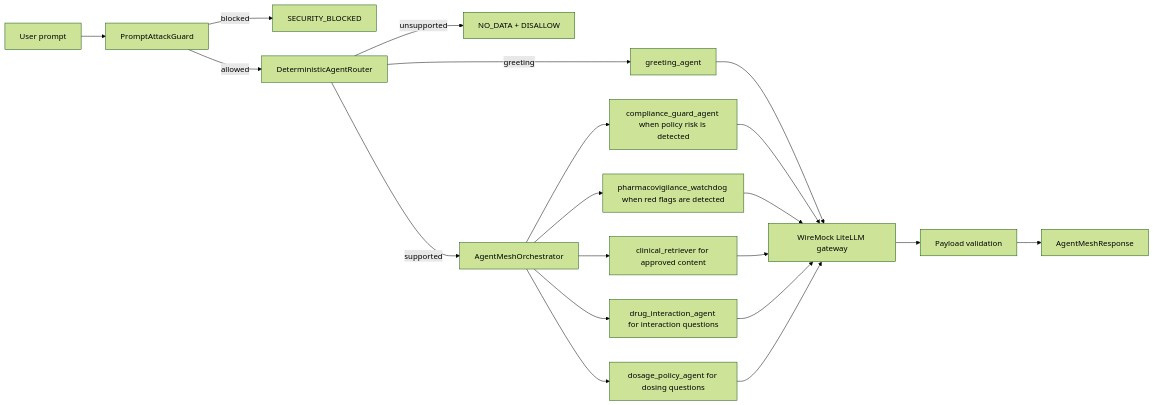
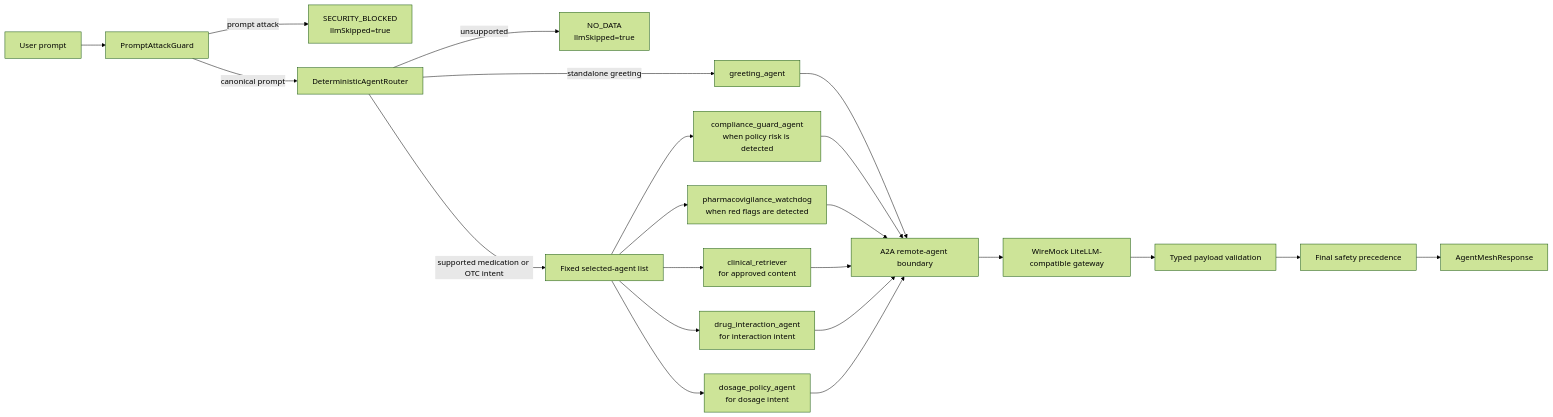
Before and after one commit to rahulkar/deterministic-agent-mesh: the diagram in architecture.md, drawn with Mermaid (forest theme). The commit also changed other lines of this file and 1 other file, not shown here.

````diff
--- a/architecture.md
+++ b/architecture.md
@@ -11,22 +19,24 @@
 ```mermaid
 flowchart LR
-    U["User prompt"] --> G["PromptAttackGuard"]
-    G -->|"blocked"| SB["SECURITY_BLOCKED"]
-    G -->|"allowed"| R["DeterministicAgentRouter"]
-    R -->|"greeting"| GR["greeting_agent"]
-    R -->|"unsupported"| ND["NO_DATA + DISALLOW"]
-    R -->|"supported"| O["AgentMeshOrchestrator"]
-    O --> C["compliance_guard_agent when policy risk is detected"]
-    O --> S["pharmacovigilance_watchdog when red flags are detected"]
-    O --> CR["clinical_retriever for approved content"]
-    O --> I["drug_interaction_agent for interaction questions"]
-    O --> D["dosage_policy_agent for dosing questions"]
-    GR --> M["WireMock LiteLLM gateway"]
-    C --> M["WireMock LiteLLM gateway"]
-    S --> M
-    CR --> M
-    I --> M
-    D --> M
-    M --> V["Payload validation"]
-    V --> OUT["AgentMeshResponse"]
+    U["User prompt"] --> PG["PromptAttackGuard"]
+    PG -->|"prompt attack"| SEC["SECURITY_BLOCKED<br/>llmSkipped=true"]
+    PG -->|"canonical prompt"| R["DeterministicAgentRouter"]
+    R -->|"standalone greeting"| GA["greeting_agent"]
+    R -->|"unsupported"| ND["NO_DATA<br/>llmSkipped=true"]
+    R -->|"supported medication or OTC intent"| SEL["Fixed selected-agent list"]
+    SEL --> CG["compliance_guard_agent<br/>when policy risk is detected"]
+    SEL --> PV["pharmacovigilance_watchdog<br/>when red flags are detected"]
+    SEL --> CR["clinical_retriever<br/>for approved content"]
+    SEL --> IA["drug_interaction_agent<br/>for interaction intent"]
+    SEL --> DP["dosage_policy_agent<br/>for dosage intent"]
+    GA --> A2A["A2A remote-agent boundary"]
+    CG --> A2A
+    PV --> A2A
+    CR --> A2A
+    IA --> A2A
+    DP --> A2A
+    A2A --> WM["WireMock LiteLLM-compatible gateway"]
+    WM --> VAL["Typed payload validation"]
+    VAL --> PREC["Final safety precedence"]
+    PREC --> OUT["AgentMeshResponse"]
 ```
````
